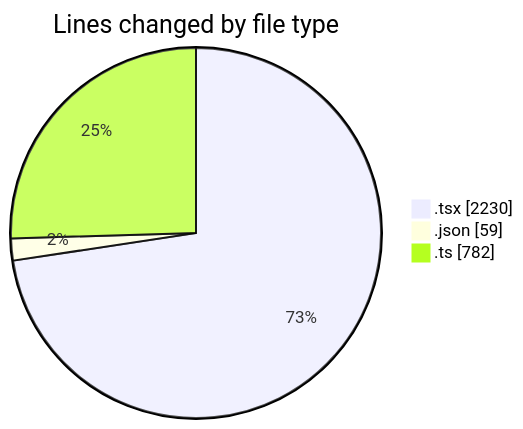
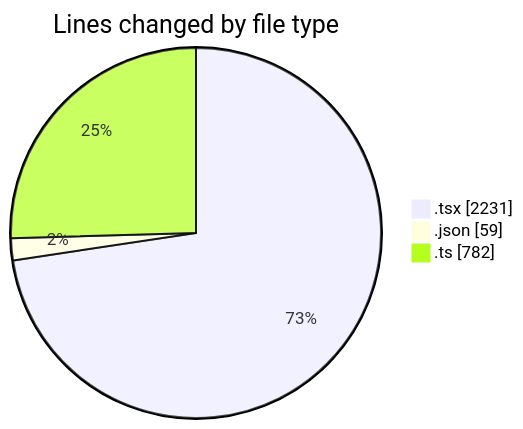
The first of 2 diagrams in 2025-11-24/cda/README.md (momahboobian/code-tracking), drawn with Mermaid before and after one commit. The commit also changed other lines of this file and 1 other file, not shown here.

````diff
--- a/2025-11-24/cda/README.md
+++ b/2025-11-24/cda/README.md
@@ -31,7 +31,7 @@
 ```mermaid
 pie showData
 title Lines changed by file type
-".tsx" : 2230
+".tsx" : 2231
 ".json" : 59
 ".ts" : 782
 ```
````
